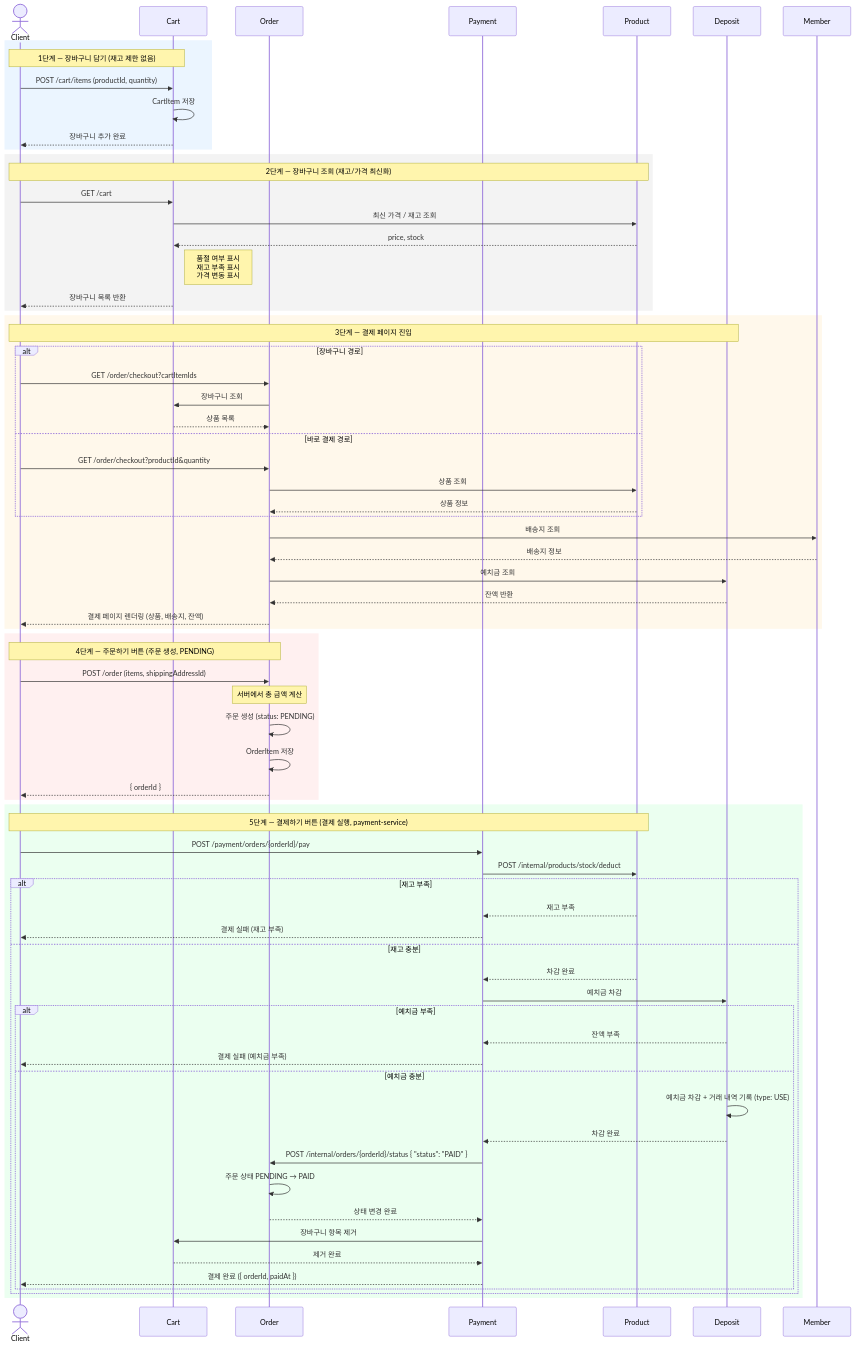
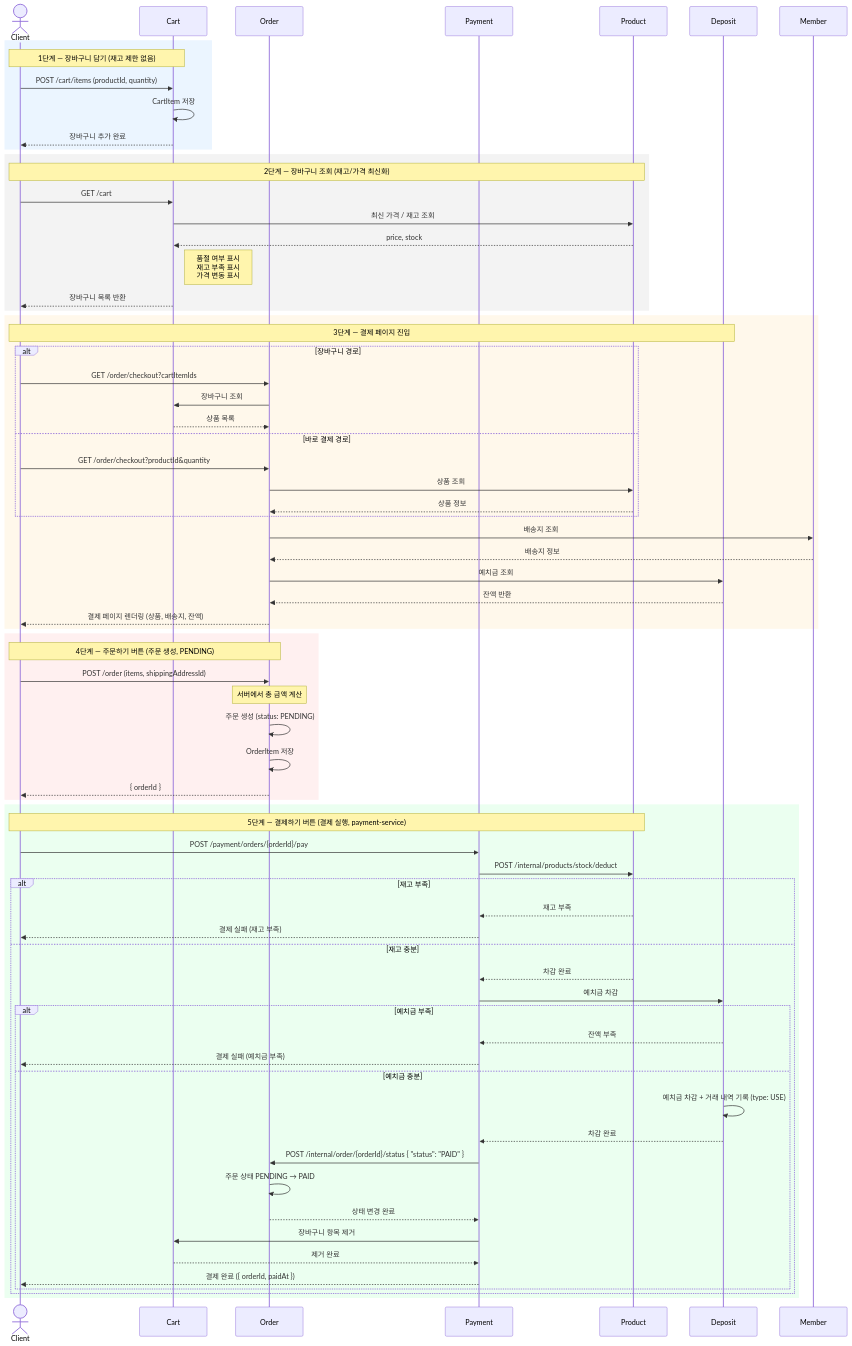
One commit to prgrms-be-adv-devcourse/beadv5_5_404_Not_Found_BE changed the first of 3 diagrams in docs/OrderPaymentFlow.md. Above: the diagram before and after it, drawn with Mermaid. The commit also changed other lines of this file and 2 other files, not shown here.

First line of the commit message:
docs: Order/Payment API 명세 동기화 — internal 단수 경로, depositUsed, PENDING 결제 분리

````diff
--- a/docs/OrderPaymentFlow.md
+++ b/docs/OrderPaymentFlow.md
@@ -32,79 +32,79 @@
 ```mermaid
 sequenceDiagram
     actor Client
     participant Cart
     participant Order
     participant Payment
     participant Product
     participant Deposit
     participant Member
 
     rect rgb(235, 245, 255)
         Note over Client,Cart: 1단계 — 장바구니 담기 (재고 제한 없음)
         Client->>Cart: POST /cart/items (productId, quantity)
         Cart->>Cart: CartItem 저장
         Cart-->>Client: 장바구니 추가 완료
     end
 
     rect rgb(243, 243, 243)
         Note over Client,Product: 2단계 — 장바구니 조회 (재고/가격 최신화)
         Client->>Cart: GET /cart
         Cart->>Product: 최신 가격 / 재고 조회
         Product-->>Cart: price, stock
         Note right of Cart: 품절 여부 표시<br/>재고 부족 표시<br/>가격 변동 표시
         Cart-->>Client: 장바구니 목록 반환
     end
 
     rect rgb(255, 248, 235)
         Note over Client,Deposit: 3단계 — 결제 페이지 진입
         alt 장바구니 경로
             Client->>Order: GET /order/checkout?cartItemIds
             Order->>Cart: 장바구니 조회
             Cart-->>Order: 상품 목록
         else 바로 결제 경로
             Client->>Order: GET /order/checkout?productId&quantity
             Order->>Product: 상품 조회
             Product-->>Order: 상품 정보
         end
         Order->>Member: 배송지 조회
         Member-->>Order: 배송지 정보
         Order->>Deposit: 예치금 조회
         Deposit-->>Order: 잔액 반환
         Order-->>Client: 결제 페이지 렌더링 (상품, 배송지, 잔액)
     end
 
     rect rgb(255, 240, 240)
         Note over Client,Order: 4단계 — 주문하기 버튼 (주문 생성, PENDING)
         Client->>Order: POST /order (items, shippingAddressId)
         Note over Order: 서버에서 총 금액 계산
         Order->>Order: 주문 생성 (status: PENDING)
         Order->>Order: OrderItem 저장
         Order-->>Client: { orderId }
     end
 
     rect rgb(235, 255, 240)
         Note over Client,Product: 5단계 — 결제하기 버튼 (결제 실행, payment-service)
         Client->>Payment: POST /payment/orders/{orderId}/pay
         Payment->>Product: POST /internal/products/stock/deduct
         alt 재고 부족
             Product-->>Payment: 재고 부족
             Payment-->>Client: 결제 실패 (재고 부족)
         else 재고 충분
             Product-->>Payment: 차감 완료
             Payment->>Deposit: 예치금 차감
             alt 예치금 부족
                 Deposit-->>Payment: 잔액 부족
                 Payment-->>Client: 결제 실패 (예치금 부족)
             else 예치금 충분
                 Deposit->>Deposit: 예치금 차감 + 거래 내역 기록 (type: USE)
                 Deposit-->>Payment: 차감 완료
-                Payment->>Order: POST /internal/orders/{orderId}/status { "status": "PAID" }
+                Payment->>Order: POST /internal/order/{orderId}/status { "status": "PAID" }
                 Order->>Order: 주문 상태 PENDING → PAID
                 Order-->>Payment: 상태 변경 완료
                 Payment->>Cart: 장바구니 항목 제거
                 Cart-->>Payment: 제거 완료
                 Payment-->>Client: 결제 완료 ({ orderId, paidAt })
             end
         end
     end
 ```
````
